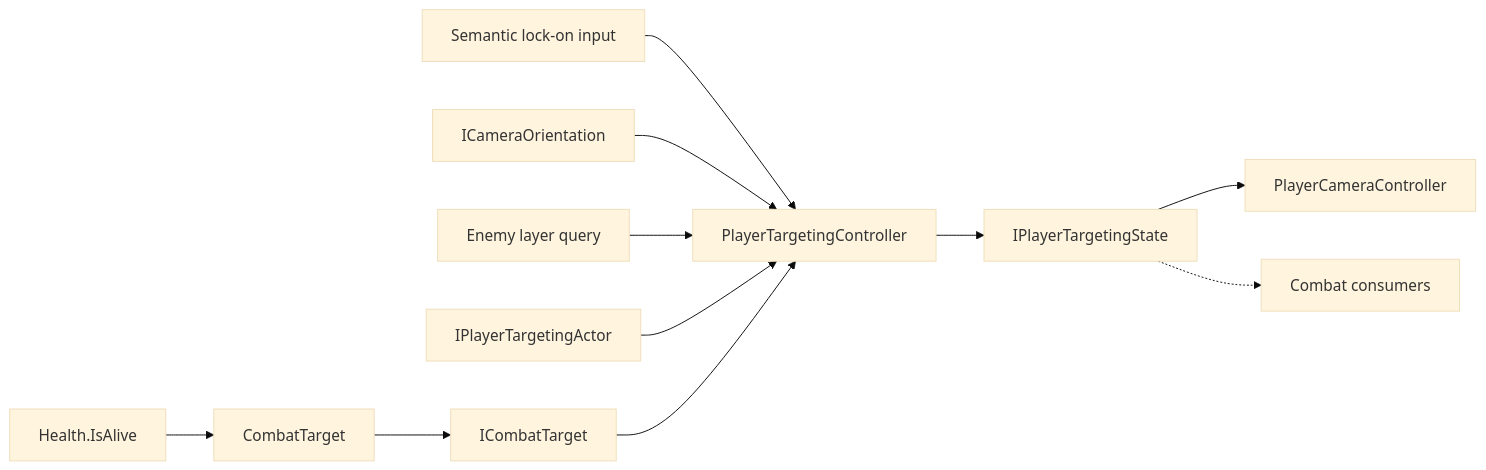
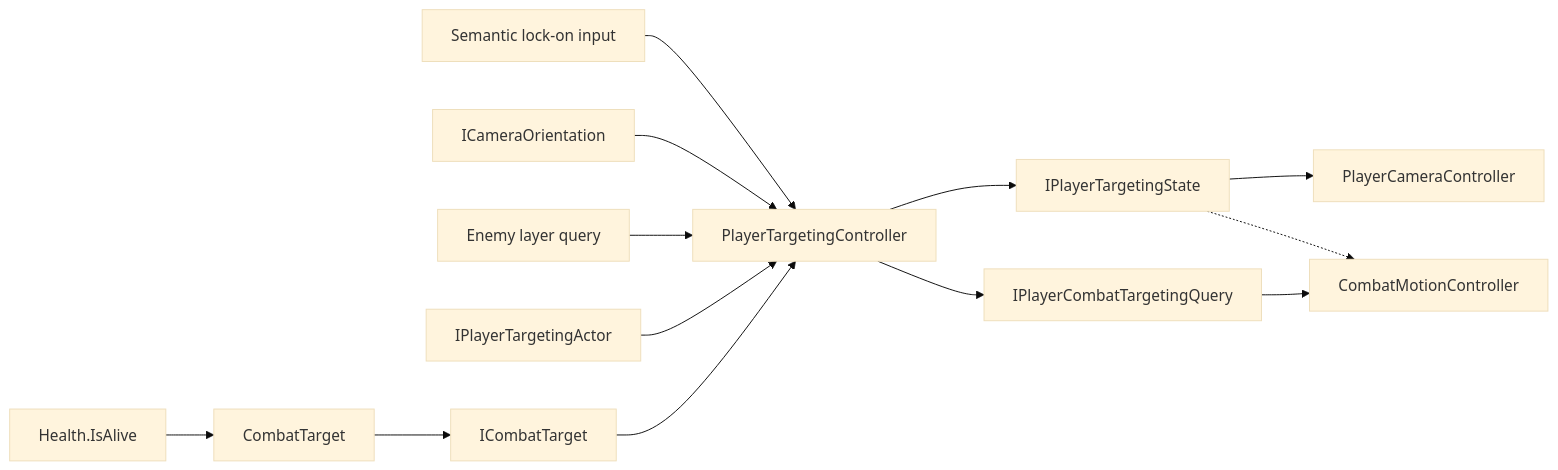
Before and after one commit to MaximFonariuc/project-s: the second of 2 diagrams in Docs/Architecture/Player.Targeting.md, drawn with Mermaid (base theme). The commit also changed other lines of this file and 9 other files, not shown here.

````diff
--- a/Docs/Architecture/Player.Targeting.md
+++ b/Docs/Architecture/Player.Targeting.md
@@ -121,13 +128,15 @@
 ```mermaid
 flowchart LR
     Input["Semantic lock-on input"] --> Targeting["PlayerTargetingController"]
     CameraView["ICameraOrientation"] --> Targeting
     Physics["Enemy layer query"] --> Targeting
     Actor["IPlayerTargetingActor"] --> Targeting
     Target["ICombatTarget"] --> Targeting
     Health["Health.IsAlive"] --> CombatTarget["CombatTarget"]
     CombatTarget --> Target
     Targeting --> State["IPlayerTargetingState"]
+    Targeting --> Query["IPlayerCombatTargetingQuery"]
     State --> Camera["PlayerCameraController"]
-    State -.-> Combat["Combat consumers"]
+    State -.-> Combat["CombatMotionController"]
+    Query --> Combat
 ```
````
